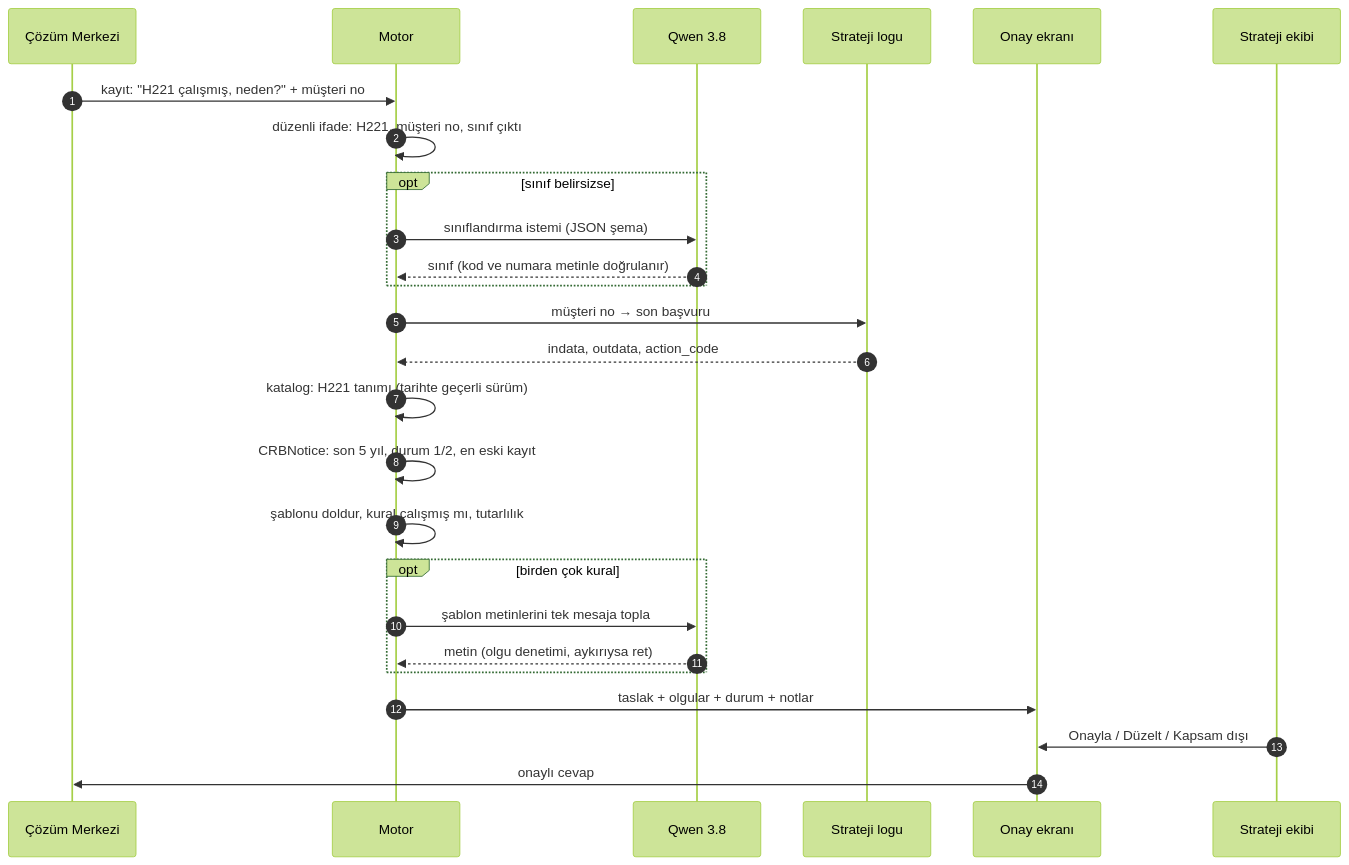
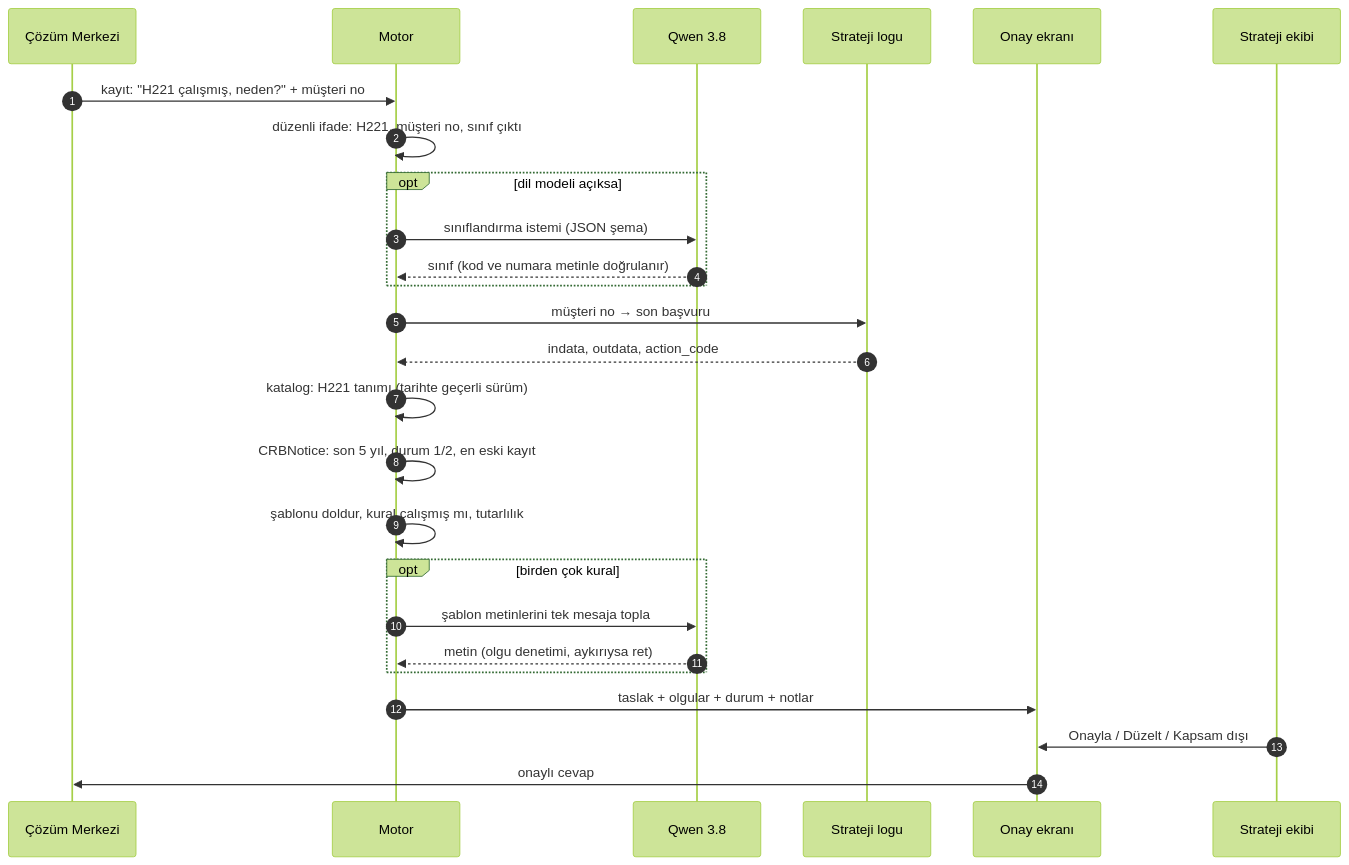
One commit to MertAErntrk/ykb-insource-projects changed the diagram in strateji-cevap/docs/analiz_mimari/diyagram/04_sekans.mmd. Above: the diagram before and after it, drawn with Mermaid (forest theme). The commit also changed 28 other files, not shown here.

```diff
--- a/strateji-cevap/docs/analiz_mimari/diyagram/04_sekans.mmd
+++ b/strateji-cevap/docs/analiz_mimari/diyagram/04_sekans.mmd
@@ -1,26 +1,26 @@
 sequenceDiagram
     autonumber
     participant CM as Çözüm Merkezi
     participant M as Motor
     participant Q as Qwen 3.8
     participant DB as Strateji logu
     participant E as Onay ekranı
     participant ST as Strateji ekibi
     CM->>M: kayıt: "H221 çalışmış, neden?" + müşteri no
     M->>M: düzenli ifade: H221, müşteri no, sınıf çıktı
-    opt sınıf belirsizse
+    opt dil modeli açıksa
         M->>Q: sınıflandırma istemi (JSON şema)
         Q-->>M: sınıf (kod ve numara metinle doğrulanır)
     end
     M->>DB: müşteri no → son başvuru
     DB-->>M: indata, outdata, action_code
     M->>M: katalog: H221 tanımı (tarihte geçerli sürüm)
     M->>M: CRBNotice: son 5 yıl, durum 1/2, en eski kayıt
     M->>M: şablonu doldur, kural çalışmış mı, tutarlılık
     opt birden çok kural
         M->>Q: şablon metinlerini tek mesaja topla
         Q-->>M: metin (olgu denetimi, aykırıysa ret)
     end
     M->>E: taslak + olgular + durum + notlar
     ST->>E: Onayla / Düzelt / Kapsam dışı
     E->>CM: onaylı cevap
```
